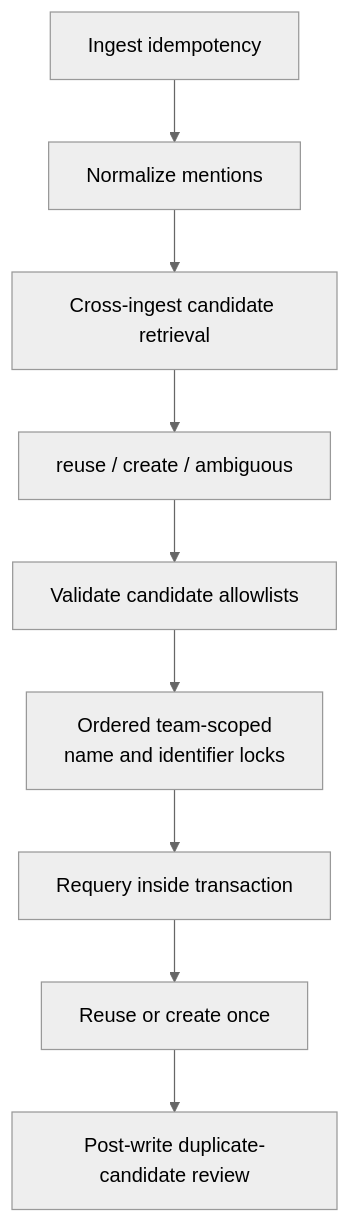
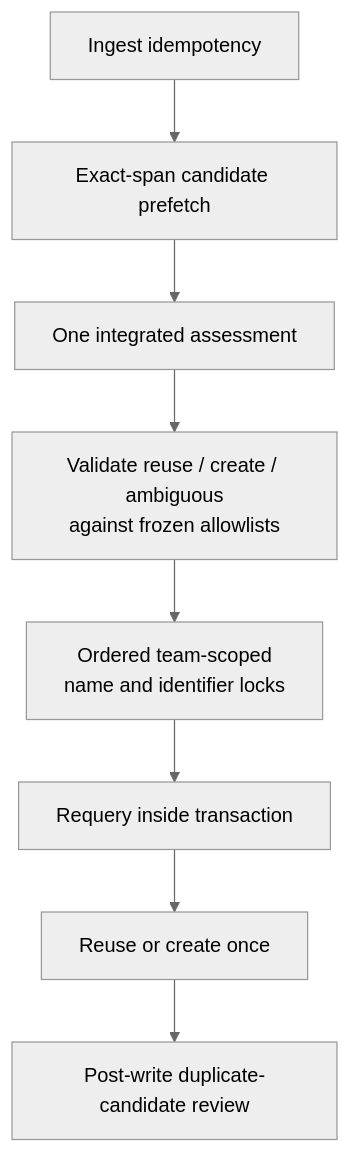
Before and after one commit to markhuangai/dense-mem: the seventh of 7 diagrams in Entity-Identity-And-Resolution.md, drawn with Mermaid (neutral theme). The commit also changed other lines of this file and 24 other files, not shown here.

Commit message:
Document V2.4 one-call placement architecture

````diff
--- a/Entity-Identity-And-Resolution.md
+++ b/Entity-Identity-And-Resolution.md
@@ -335,12 +332,11 @@
 ```mermaid
 %%{init: {"flowchart": {"curve": "linear"}}}%%
 flowchart TD
-  Idempotency["Ingest idempotency"] --> Review["Normalize mentions"]
-  Review --> Candidates["Cross-ingest candidate retrieval"]
-  Candidates --> Verify["reuse / create / ambiguous"]
-  Verify --> Validate["Validate candidate allowlists"]
+  Idempotency["Ingest idempotency"] --> Candidates["Exact-span candidate prefetch"]
+  Candidates --> Assess["One integrated assessment"]
+  Assess --> Validate["Validate reuse / create / ambiguous<br/>against frozen allowlists"]
   Validate --> Lock["Ordered team-scoped<br/>name and identifier locks"]
   Lock --> Recheck["Requery inside transaction"]
   Recheck --> Write["Reuse or create once"]
   Write --> Detect["Post-write duplicate-candidate review"]
 ```
````
